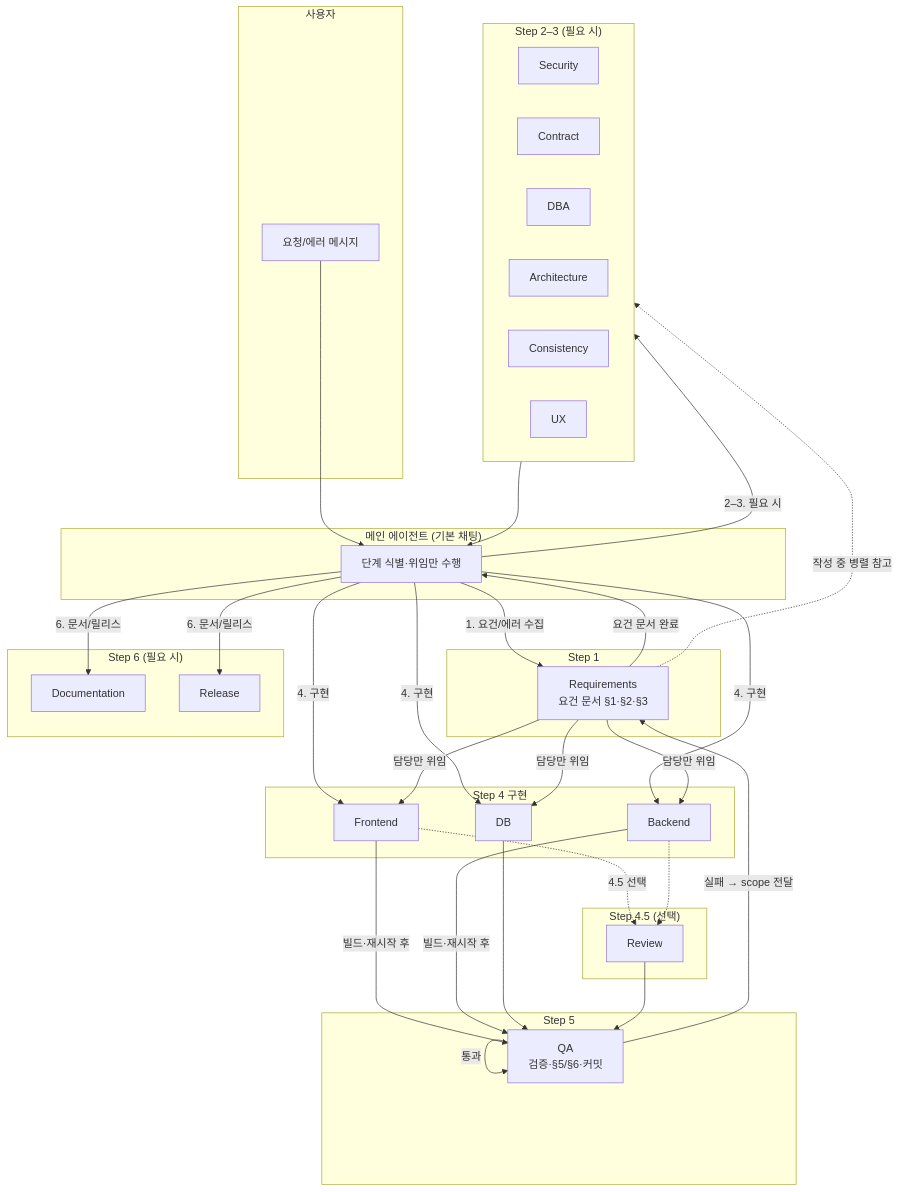
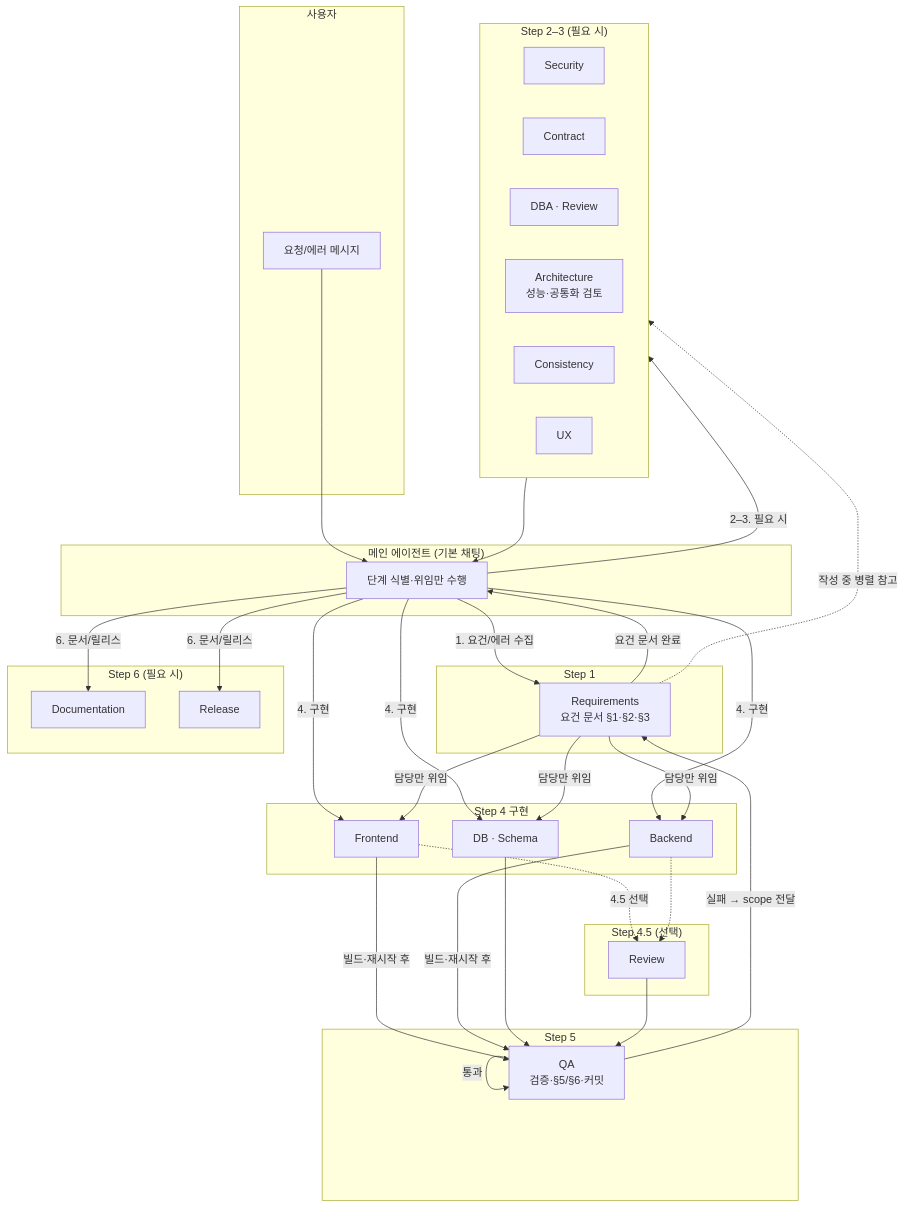
Before and after one commit to MinGH-dev/logmng: the diagram in README.md, drawn with Mermaid. The commit also changed other lines of this file and 5 other files, not shown here.

````diff
--- a/README.md
+++ b/README.md
@@ -94,65 +94,65 @@
 ```mermaid
 flowchart TB
   subgraph user["사용자"]
     U[요청/에러 메시지]
   end
 
   subgraph main["메인 에이전트 (기본 채팅)"]
     M[단계 식별·위임만 수행]
   end
 
   subgraph step1["Step 1"]
     Req[Requirements<br/>요건 문서 §1·§2·§3]
   end
 
   subgraph experts["Step 2–3 (필요 시)"]
     Sec[Security]
     Ctr[Contract]
-    DBA[DBA]
-    Arch[Architecture]
+    DBA[DBA · Review]
+    Arch[Architecture<br/>성능·공통화 검토]
     Cons[Consistency]
     UX[UX]
   end
 
   subgraph step4["Step 4 구현"]
     Fe[Frontend]
     Be[Backend]
-    Db[DB]
+    Db[DB · Schema]
   end
 
   subgraph step45["Step 4.5 (선택)"]
     Rev[Review]
   end
 
   subgraph step5["Step 5"]
     QA[QA<br/>검증·§5/§6·커밋]
   end
 
   subgraph step6["Step 6 (필요 시)"]
     Doc[Documentation]
     Rel[Release]
   end
 
   U --> M
   M -->|"1. 요건/에러 수집"| Req
   Req -.->|"작성 중 병렬 참고"| experts
   Req -->|"요건 문서 완료"| M
   M -->|"2–3. 필요 시"| experts
   experts --> M
   M -->|"4. 구현"| Fe
   M -->|"4. 구현"| Be
   M -->|"4. 구현"| Db
   Fe -->|"빌드·재시작 후"| QA
   Be -->|"빌드·재시작 후"| QA
   Db --> QA
   Fe -.->|"4.5 선택"| Rev
   Be -.-> Rev
   Rev --> QA
   QA -->|"통과"| QA
   QA -->|"실패 → scope 전달"| Req
   Req -->|"담당만 위임"| Fe
   Req -->|"담당만 위임"| Be
   Req -->|"담당만 위임"| Db
   M -->|"6. 문서/릴리스"| Doc
   M -->|"6. 문서/릴리스"| Rel
 ```
````
